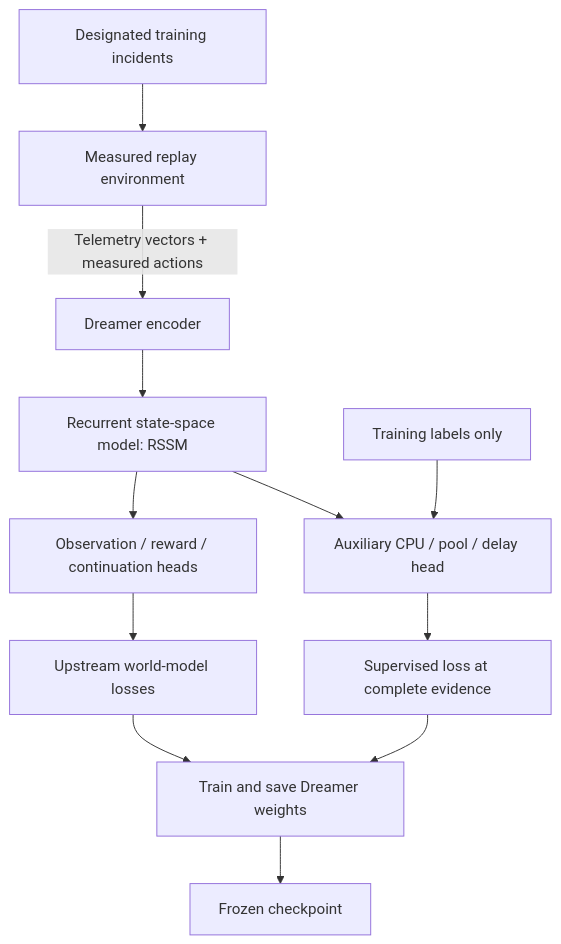
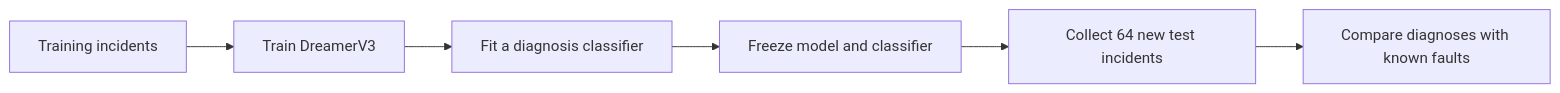
Before and after one commit to rnishtala/systems-world-model: the second of 3 diagrams in docs/TRAINING.md, drawn with Mermaid. The commit also changed other lines of this file, not shown here.

Commit message:
Simplify training guide with UI workflow and clear success criteria

````diff
--- a/docs/TRAINING.md
+++ b/docs/TRAINING.md
@@ -29,13 +37,8 @@
 ```mermaid
-flowchart TD
-    D[Designated training incidents] --> E[Measured replay environment]
-    E -->|Telemetry vectors + measured actions| ENC[Dreamer encoder]
-    ENC --> RSSM[Recurrent state-space model: RSSM]
-    RSSM --> DEC[Observation / reward / continuation heads]
-    DEC --> LOSS[Upstream world-model losses]
-    RSSM --> AUX[Auxiliary CPU / pool / delay head]
-    Y[Training labels only] --> AUX
-    AUX --> BCE[Supervised loss at complete evidence]
-    LOSS & BCE --> W[Train and save Dreamer weights]
-    W --> F[Frozen checkpoint]
+flowchart LR
+    D[Training incidents] --> T[Train DreamerV3]
+    T --> R[Fit a diagnosis classifier]
+    R --> F[Freeze model and classifier]
+    F --> N[Collect 64 new test incidents]
+    N --> E[Compare diagnoses with known faults]
 ```
````
